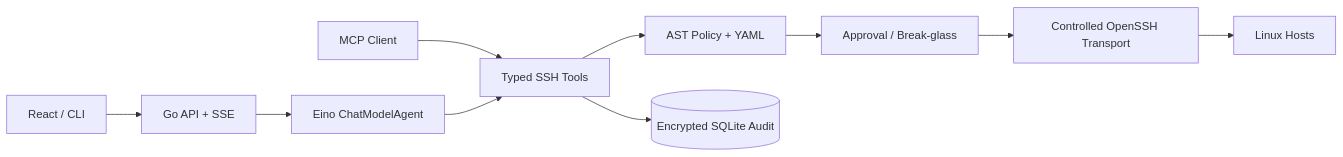
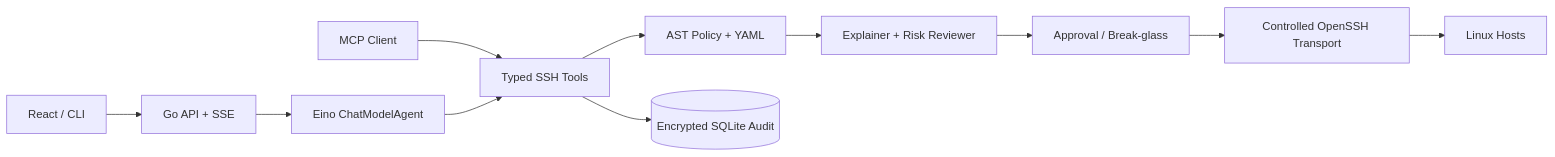
One commit to Enterpr1se0/eino-ops-agent changed the diagram in README.md. Above: the diagram before and after it, drawn with Mermaid. The commit also changed other lines of this file and 38 other files, not shown here.

````diff
--- a/README.md
+++ b/README.md
@@ -17,12 +20,13 @@
 ```mermaid
 flowchart LR
     UI[React / CLI] --> API[Go API + SSE]
     API --> Eino[Eino ChatModelAgent]
     MCP[MCP Client] --> Tools[Typed SSH Tools]
     Eino --> Tools
     Tools --> Policy[AST Policy + YAML]
-    Policy --> Approval[Approval / Break-glass]
+    Policy --> Review[Explainer + Risk Reviewer]
+    Review --> Approval[Approval / Break-glass]
     Approval --> SSH[Controlled OpenSSH Transport]
     SSH --> Host[Linux Hosts]
     Tools --> Audit[(Encrypted SQLite Audit)]
 ```
````
